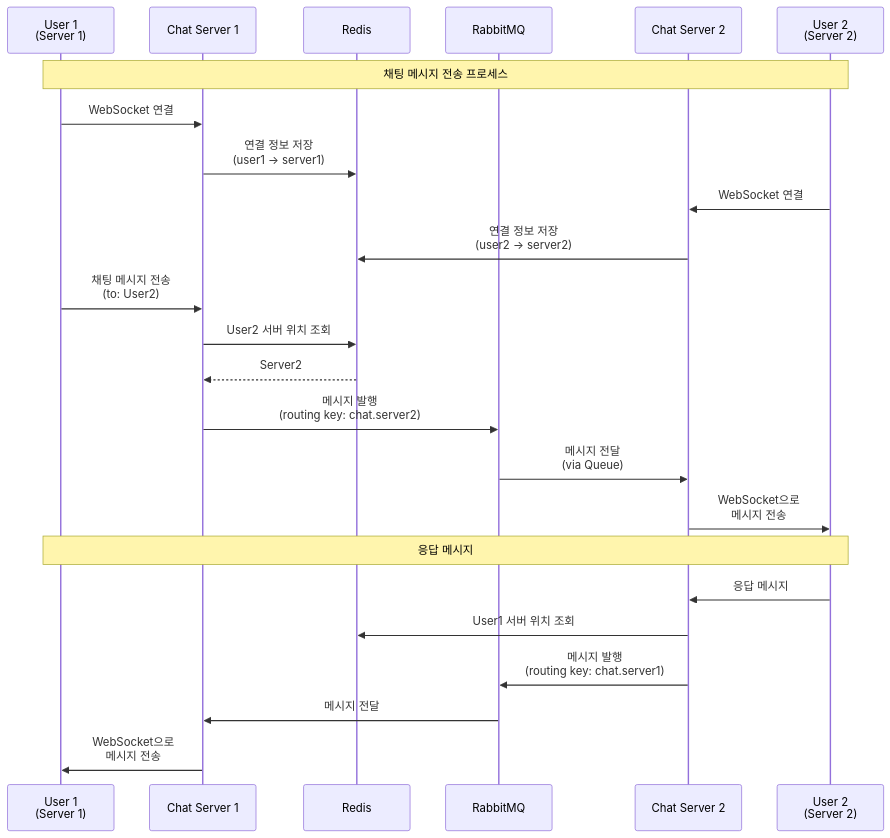
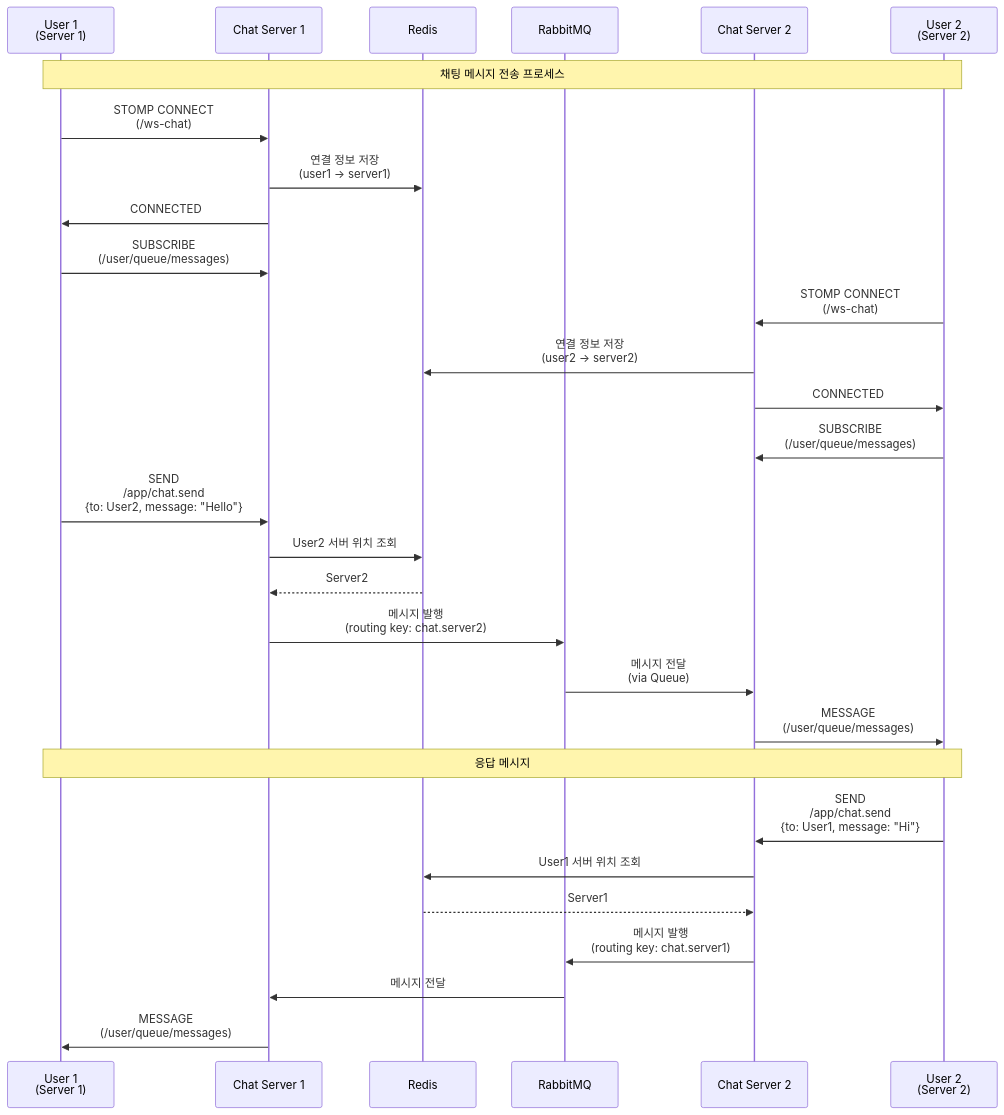
Before and after one commit to dev-jiemu/distributed-chat-service: the second of 2 diagrams in README.md, drawn with Mermaid. The commit also changed other lines of this file and 8 other files, not shown here.

````diff
--- a/README.md
+++ b/README.md
@@ -73,32 +73,37 @@
 ```mermaid
 sequenceDiagram
     participant User1 as User 1<br/>(Server 1)
     participant Server1 as Chat Server 1
     participant Redis as Redis
     participant RabbitMQ as RabbitMQ
     participant Server2 as Chat Server 2
     participant User2 as User 2<br/>(Server 2)
     
     Note over User1,User2: 채팅 메시지 전송 프로세스
     
-    User1->>Server1: WebSocket 연결
+    User1->>Server1: STOMP CONNECT<br/>(/ws-chat)
     Server1->>Redis: 연결 정보 저장<br/>(user1 -> server1)
+    Server1->>User1: CONNECTED
+    User1->>Server1: SUBSCRIBE<br/>(/user/queue/messages)
     
-    User2->>Server2: WebSocket 연결
+    User2->>Server2: STOMP CONNECT<br/>(/ws-chat)
     Server2->>Redis: 연결 정보 저장<br/>(user2 -> server2)
+    Server2->>User2: CONNECTED
+    User2->>Server2: SUBSCRIBE<br/>(/user/queue/messages)
     
-    User1->>Server1: 채팅 메시지 전송<br/>(to: User2)
+    User1->>Server1: SEND<br/>/app/chat.send<br/>{to: User2, message: "Hello"}
     Server1->>Redis: User2 서버 위치 조회
     Redis-->>Server1: Server2
     
     Server1->>RabbitMQ: 메시지 발행<br/>(routing key: chat.server2)
     RabbitMQ->>Server2: 메시지 전달<br/>(via Queue)
-    Server2->>User2: WebSocket으로<br/>메시지 전송
+    Server2->>User2: MESSAGE<br/>(/user/queue/messages)
     
     Note over User1,User2: 응답 메시지
-    User2->>Server2: 응답 메시지
+    User2->>Server2: SEND<br/>/app/chat.send<br/>{to: User1, message: "Hi"}
     Server2->>Redis: User1 서버 위치 조회
+    Redis-->>Server2: Server1
     Server2->>RabbitMQ: 메시지 발행<br/>(routing key: chat.server1)
     RabbitMQ->>Server1: 메시지 전달
-    Server1->>User1: WebSocket으로<br/>메시지 전송
+    Server1->>User1: MESSAGE<br/>(/user/queue/messages)
 ```
````
